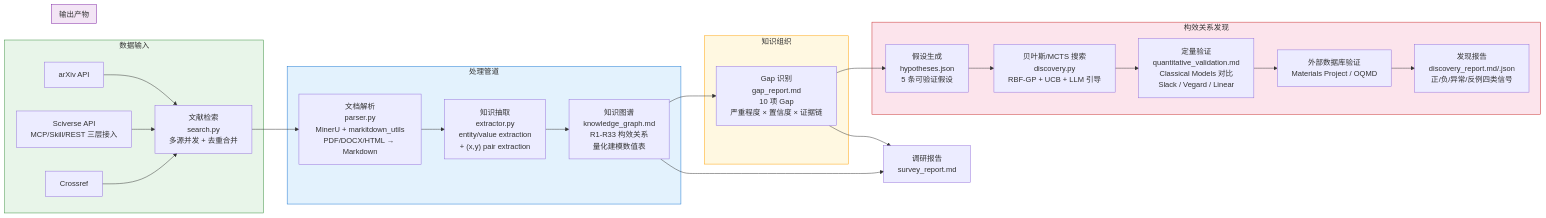
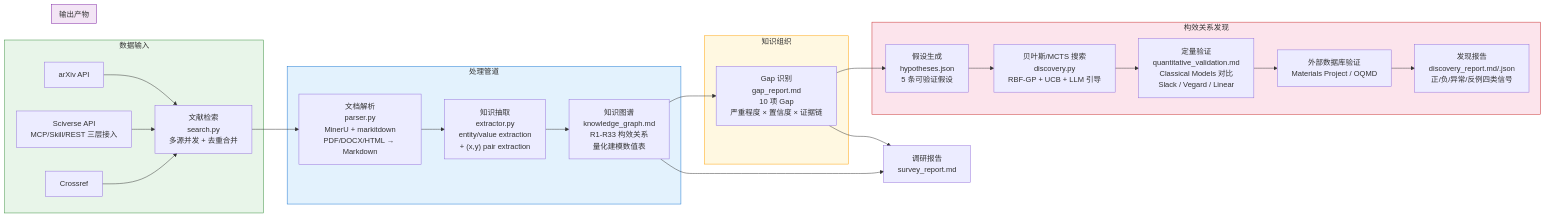
One commit to Alwayshere-su/pi-agent changed the third of 5 diagrams in docs/ARCHITECTURE.md. Above: the diagram before and after it, drawn with Mermaid. The commit also changed other lines of this file and 6 other files, not shown here.

````diff
--- a/docs/ARCHITECTURE.md
+++ b/docs/ARCHITECTURE.md
@@ -84,40 +84,40 @@
 ```mermaid
 flowchart LR
     subgraph Input["数据输入"]
         D1[arXiv API] --> Search
         D2[Sciverse API<br/>MCP/Skill/REST 三层接入] --> Search
         D3[Crossref] --> Search
     end
 
     subgraph Processing["处理管道"]
         Search["文献检索<br/>search.py<br/>多源并发 + 去重合并"] --> Parse
-        Parse["文档解析<br/>parser.py<br/>MinerU + markitdown_utils<br/>PDF/DOCX/HTML → Markdown"] --> Extract
+        Parse["文档解析<br/>parser.py<br/>MinerU + markitdown<br/>PDF/DOCX/HTML → Markdown"] --> Extract
         Extract["知识抽取<br/>extractor.py<br/>entity/value extraction<br/>+ (x,y) pair extraction"] --> KG
     end
 
     subgraph Knowledge["知识组织"]
         KG["知识图谱<br/>knowledge_graph.md<br/>R1-R33 构效关系<br/>量化建模数值表"] --> Gap
         Gap["Gap 识别<br/>gap_report.md<br/>10 项 Gap<br/>严重程度 × 置信度 × 证据链"]
     end
 
     subgraph Discovery["构效关系发现"]
         Gap --> Hypo["假设生成<br/>hypotheses.json<br/>5 条可验证假设"]
         Hypo --> Search2["贝叶斯/MCTS 搜索<br/>discovery.py<br/>RBF-GP + UCB + LLM 引导"]
         Search2 --> Validate["定量验证<br/>quantitative_validation.md<br/>Classical Models 对比<br/>Slack / Vegard / Linear"]
         Validate --> External["外部数据库验证<br/>Materials Project / OQMD"]
         External --> Report
     end
 
     subgraph Output["输出产物"]
         Report["发现报告<br/>discovery_report.md/.json<br/>正/负/异常/反例四类信号"]
     end
 
     KG --> Summary["调研报告<br/>survey_report.md"]
     Gap --> Summary
 
     style Input fill:#e8f5e9,stroke:#388e3c
     style Processing fill:#e3f2fd,stroke:#1976d2
     style Knowledge fill:#fff8e1,stroke:#ffa000
     style Discovery fill:#fce4ec,stroke:#c62828
     style Output fill:#f3e5f5,stroke:#7b1fa2
 ```
````
